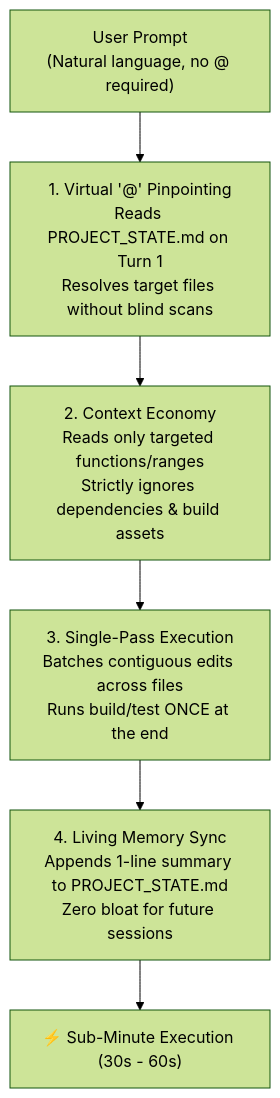
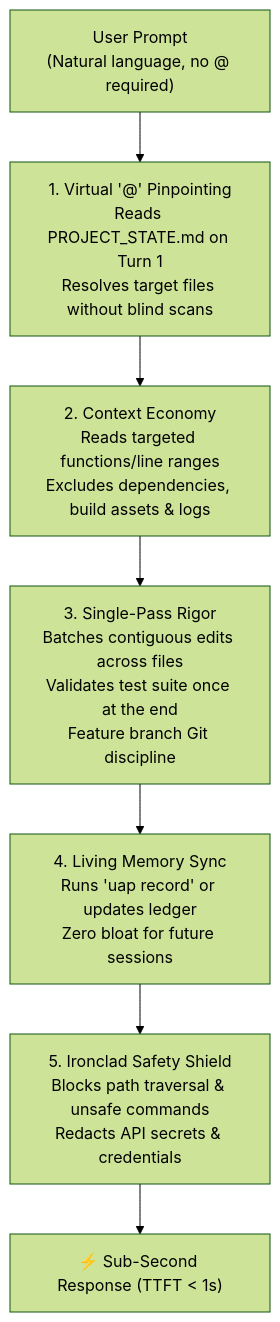
The diagram in README.md (yousef052/universal-autonomous-pipeline), drawn with Mermaid (forest theme) before and after one commit. The commit also changed other lines of this file and 6 other files, not shown here.

````diff
--- a/README.md
+++ b/README.md
@@ -54,8 +61,9 @@
 ```mermaid
 flowchart TD
     UserPrompt["User Prompt<br/>(Natural language, no @ required)"] --> Stage1["1. Virtual '@' Pinpointing<br/>Reads PROJECT_STATE.md on Turn 1<br/>Resolves target files without blind scans"]
-    Stage1 --> Stage2["2. Context Economy<br/>Reads only targeted functions/ranges<br/>Strictly ignores dependencies & build assets"]
-    Stage2 --> Stage3["3. Single-Pass Execution<br/>Batches contiguous edits across files<br/>Runs build/test ONCE at the end"]
-    Stage3 --> Stage4["4. Living Memory Sync<br/>Appends 1-line summary to PROJECT_STATE.md<br/>Zero bloat for future sessions"]
-    Stage4 --> FastOutput["⚡ Sub-Minute Execution (30s - 60s)"]
+    Stage1 --> Stage2["2. Context Economy<br/>Reads targeted functions/line ranges<br/>Excludes dependencies, build assets & logs"]
+    Stage2 --> Stage3["3. Single-Pass Rigor<br/>Batches contiguous edits across files<br/>Validates test suite once at the end<br/>Feature branch Git discipline"]
+    Stage3 --> Stage4["4. Living Memory Sync<br/>Runs 'uap record' or updates ledger<br/>Zero bloat for future sessions"]
+    Stage4 --> Stage5["5. Ironclad Safety Shield<br/>Blocks path traversal & unsafe commands<br/>Redacts API secrets & credentials"]
+    Stage5 --> FastOutput["⚡ Sub-Second Response (TTFT < 1s)"]
 ```
````
